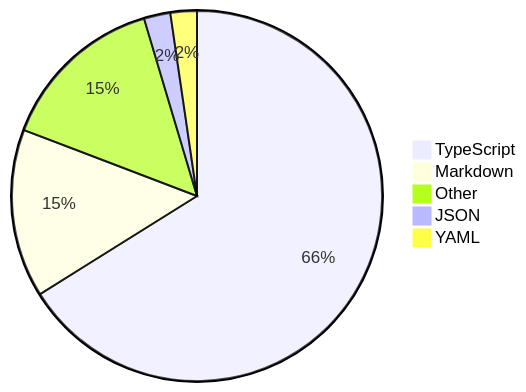
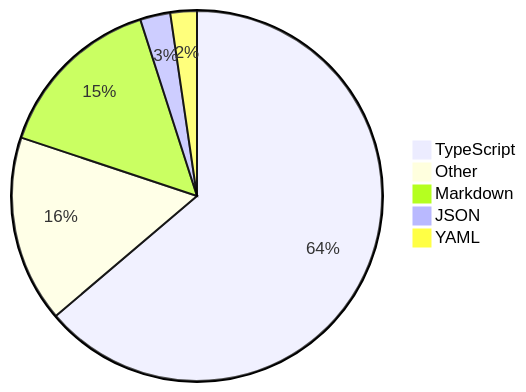
One commit to skvggor/skvggor changed the diagram in README.md. Above: the diagram before and after it, drawn with Mermaid.

Commit message:
Updated waka-readme graph with new metrics

````diff
--- a/README.md
+++ b/README.md
@@ -35,8 +35,8 @@
 ```mermaid
 pie
-    "TypeScript" : 63.0
-    "Markdown" : 14.0
-    "Other" : 13.9
-    "JSON" : 2.2
+    "TypeScript" : 60.6
+    "Other" : 15.5
+    "Markdown" : 14.2
+    "JSON" : 2.5
     "YAML" : 2.2
 ```
````
